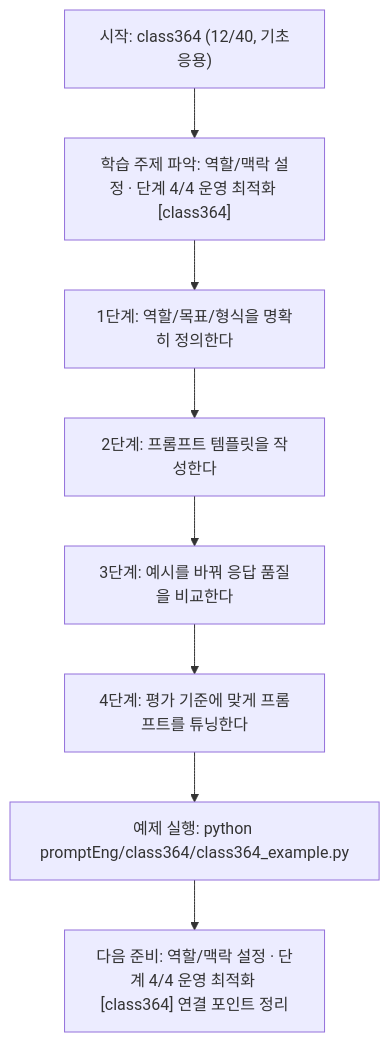
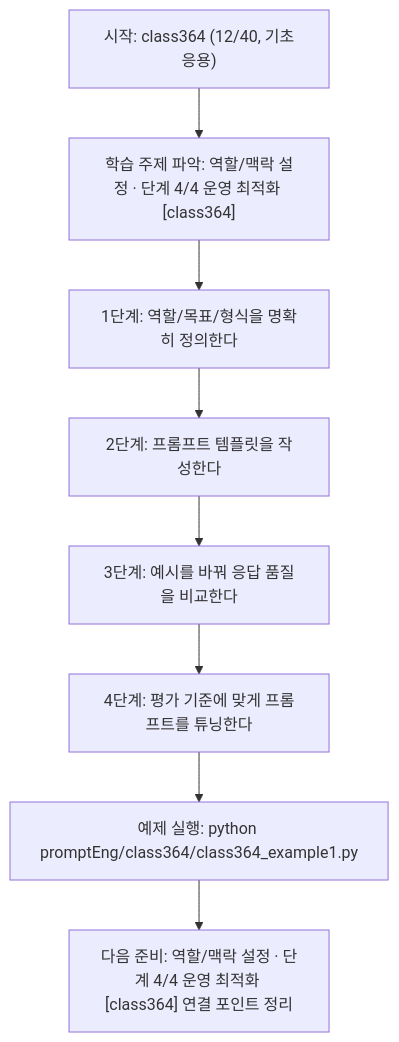
One commit to edumgt/Python-AI_Agent-Class changed the diagram in promptEng/class364/class364.md. Above: the diagram before and after it, drawn with Mermaid. The commit also changed other lines of this file and 2959 other files, not shown here.

````diff
--- a/promptEng/class364/class364.md
+++ b/promptEng/class364/class364.md
@@ -110,18 +110,18 @@
 ```mermaid
 flowchart TD
 N1["시작: class364 (12/40, 기초응용)"]
 N2["학습 주제 파악: 역할/맥락 설정 · 단계 4/4 운영 최적화 [class364]"]
 N3["1단계: 역할/목표/형식을 명확히 정의한다"]
 N4["2단계: 프롬프트 템플릿을 작성한다"]
 N5["3단계: 예시를 바꿔 응답 품질을 비교한다"]
 N6["4단계: 평가 기준에 맞게 프롬프트를 튜닝한다"]
-N7["예제 실행: python promptEng/class364/class364_example.py"]
+N7["예제 실행: python promptEng/class364/class364_example1.py"]
 N8["다음 준비: 역할/맥락 설정 · 단계 4/4 운영 최적화 [class364] 연결 포인트 정리"]
 N1 --> N2
 N2 --> N3
 N3 --> N4
 N4 --> N5
 N5 --> N6
 N6 --> N7
 N7 --> N8
 ```
````
